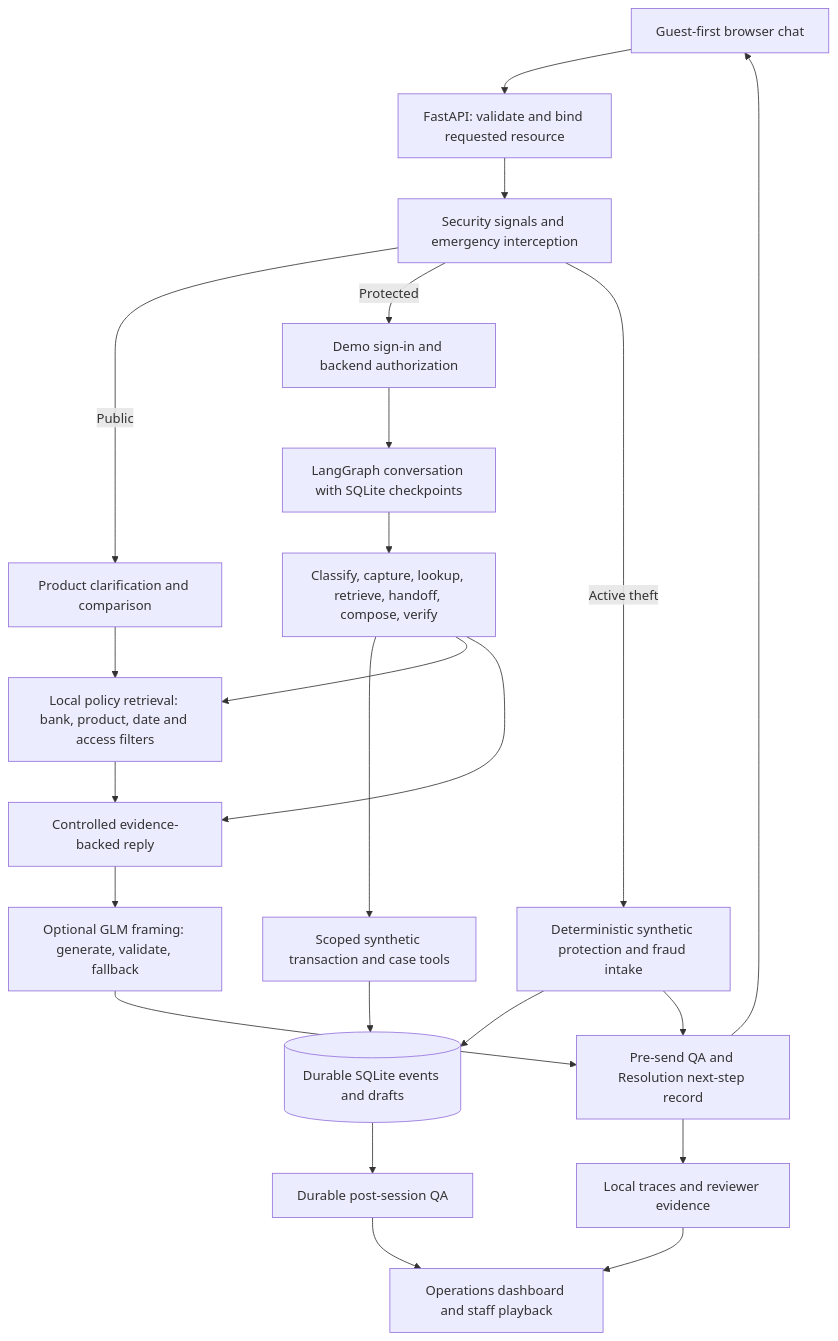
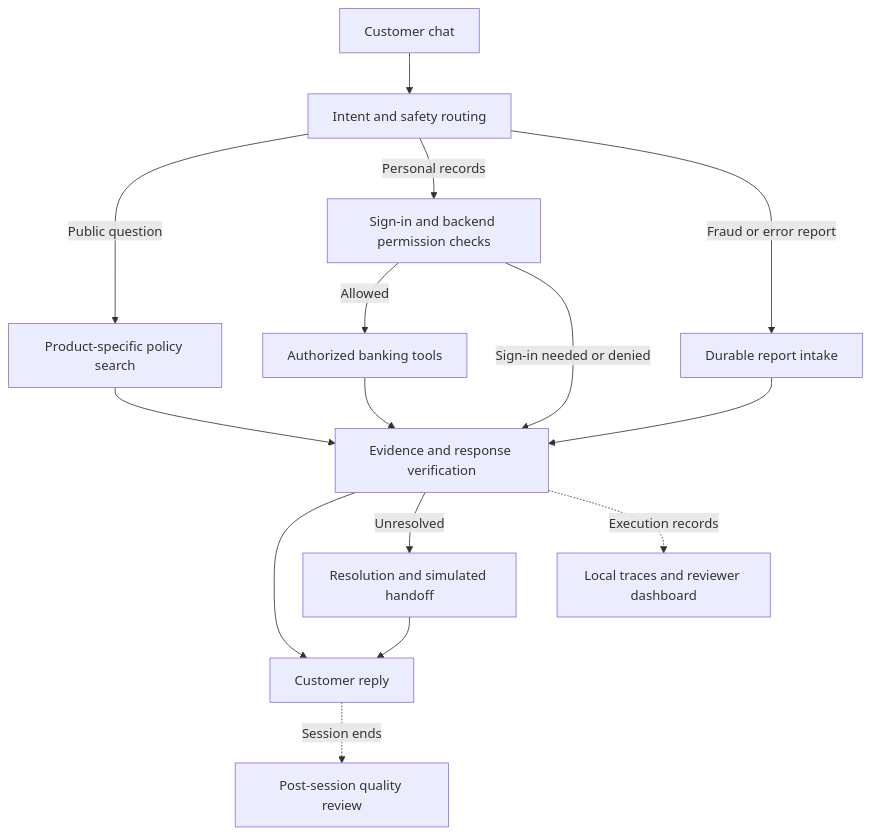
The diagram in README.md (akanshk-cmyk/ResolveGuard-AI), drawn with Mermaid before and after one commit. The commit also changed other lines of this file and 3 other files, not shown here.

````diff
--- a/README.md
+++ b/README.md
@@ -114,25 +37,17 @@
 ```mermaid
 flowchart TD
-    UI[Guest-first browser chat] --> API[FastAPI: validate and bind requested resource]
-    API --> SEC[Security signals and emergency interception]
-    SEC -->|Public| PUB[Product clarification and comparison]
-    PUB --> RAG[Local policy retrieval: bank, product, date and access filters]
-    SEC -->|Protected| AUTH[Demo sign-in and backend authorization]
-    AUTH --> CONV[LangGraph conversation with SQLite checkpoints]
-    CONV --> GRAPH[Classify, capture, lookup, retrieve, handoff, compose, verify]
-    GRAPH --> BANK[Scoped synthetic transaction and case tools]
-    BANK --> DB[(Durable SQLite events and drafts)]
-    GRAPH --> RAG
-    SEC -->|Active theft| EM[Deterministic synthetic protection and fraud intake]
-    EM --> DB
-    RAG --> BASE[Controlled evidence-backed reply]
-    GRAPH --> BASE
-    BASE --> GEN[Optional GLM framing: generate, validate, fallback]
-    GEN --> QA[Pre-send QA and Resolution next-step record]
-    EM --> QA
-    QA --> UI
-    QA --> TRACE[Local traces and reviewer evidence]
-    DB --> POST[Durable post-session QA]
-    TRACE --> OPS[Operations dashboard and staff playback]
-    POST --> OPS
+    Chat[Customer chat] --> Route[Intent and safety routing]
+    Route -->|Public question| Policy[Product-specific policy search]
+    Route -->|Personal records| Access[Sign-in and backend permission checks]
+    Access -->|Allowed| Tools[Authorized banking tools]
+    Access -->|Sign-in needed or denied| Verify[Evidence and response verification]
+    Route -->|Fraud or error report| Intake[Durable report intake]
+    Policy --> Verify
+    Tools --> Verify
+    Intake --> Verify
+    Verify --> Reply[Customer reply]
+    Verify -->|Unresolved| Resolution[Resolution and simulated handoff]
+    Resolution --> Reply
+    Reply -. Session ends .-> QA[Post-session quality review]
+    Verify -. Execution records .-> Traces[Local traces and reviewer dashboard]
 ```
````
